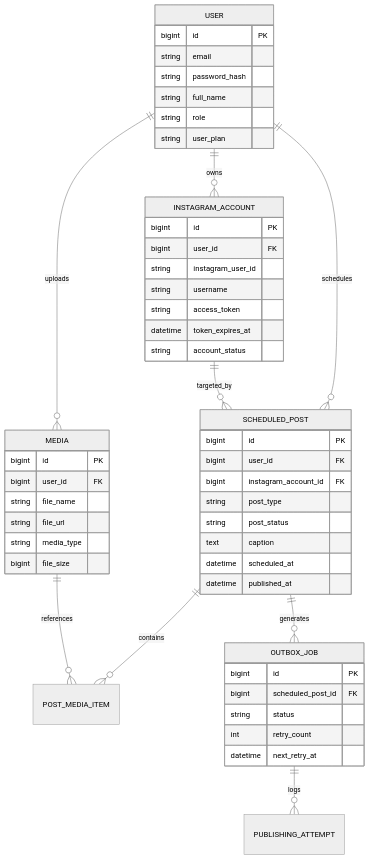
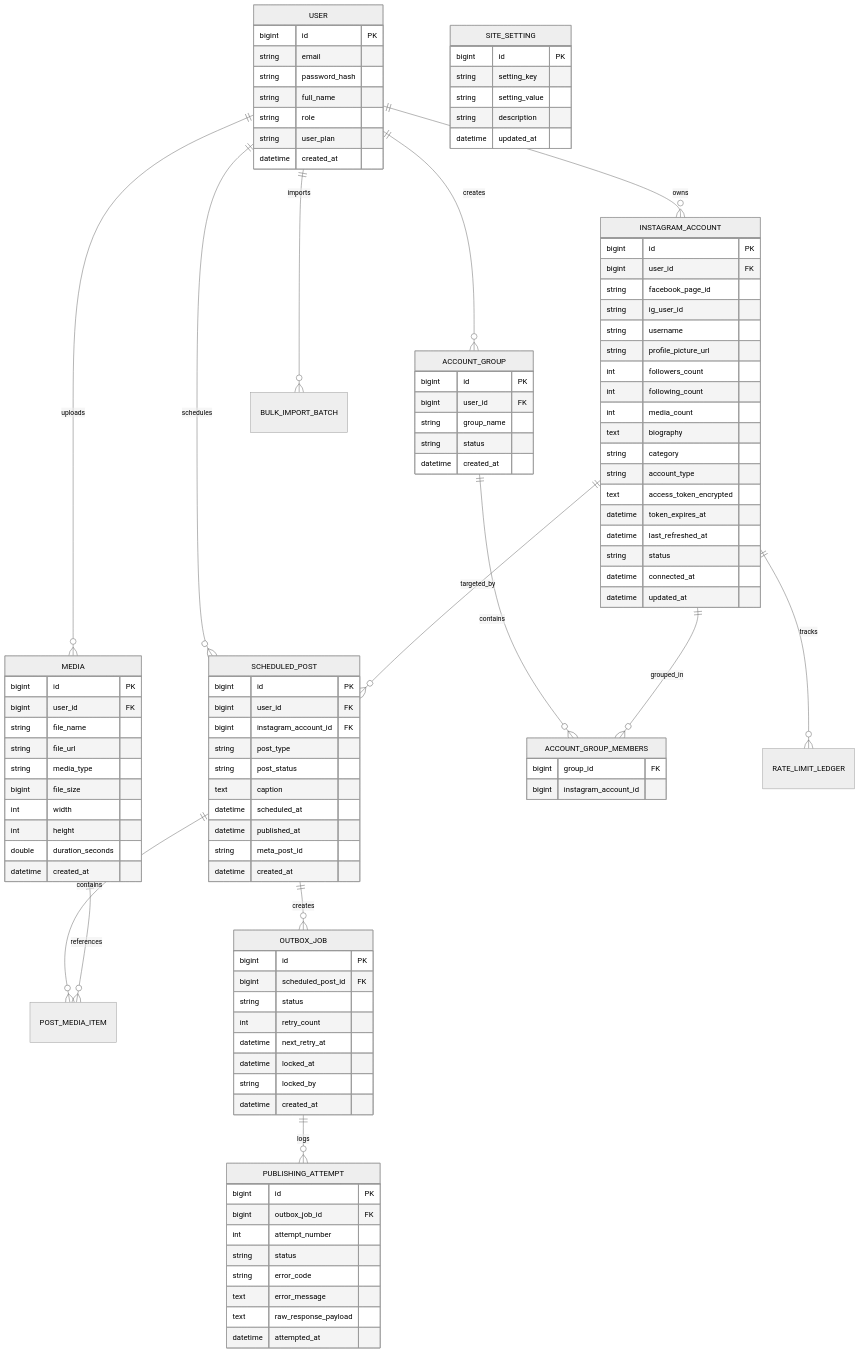
Before and after one commit to kushalkumar12/social-media-mgmnt: the second of 2 diagrams in DOCUMENTATION.md, drawn with Mermaid (neutral theme). The commit also changed other lines of this file and 77 other files, not shown here.

````diff
--- a/DOCUMENTATION.md
+++ b/DOCUMENTATION.md
@@ -116,12 +214,20 @@
 ```mermaid
 erDiagram
     USER ||--o{ INSTAGRAM_ACCOUNT : owns
+    USER ||--o{ ACCOUNT_GROUP : creates
     USER ||--o{ MEDIA : uploads
     USER ||--o{ SCHEDULED_POST : schedules
+    USER ||--o{ BULK_IMPORT_BATCH : imports
+    
+    ACCOUNT_GROUP ||--o{ ACCOUNT_GROUP_MEMBERS : contains
+    INSTAGRAM_ACCOUNT ||--o{ ACCOUNT_GROUP_MEMBERS : grouped_in
+    
     INSTAGRAM_ACCOUNT ||--o{ SCHEDULED_POST : targeted_by
+    INSTAGRAM_ACCOUNT ||--o{ RATE_LIMIT_LEDGER : tracks
+    
     SCHEDULED_POST ||--o{ POST_MEDIA_ITEM : contains
     MEDIA ||--o{ POST_MEDIA_ITEM : references
-    SCHEDULED_POST ||--o{ OUTBOX_JOB : generates
+    SCHEDULED_POST ||--o{ OUTBOX_JOB : creates
     OUTBOX_JOB ||--o{ PUBLISHING_ATTEMPT : logs
 
     USER {
@@ -131,16 +237,41 @@
         string full_name
         string role
         string user_plan
+        datetime created_at
+    }
+
+    ACCOUNT_GROUP {
+        bigint id PK
+        bigint user_id FK
+        string group_name
+        string status
+        datetime created_at
+    }
+
+    ACCOUNT_GROUP_MEMBERS {
+        bigint group_id FK
+        bigint instagram_account_id
     }
 
     INSTAGRAM_ACCOUNT {
         bigint id PK
         bigint user_id FK
-        string instagram_user_id
+        string facebook_page_id
+        string ig_user_id
         string username
-        string access_token
+        string profile_picture_url
+        int followers_count
+        int following_count
+        int media_count
+        text biography
+        string category
+        string account_type
+        text access_token_encrypted
         datetime token_expires_at
-        string account_status
+        datetime last_refreshed_at
+        string status
+        datetime connected_at
+        datetime updated_at
     }
 
     SCHEDULED_POST {
@@ -152,6 +283,8 @@
         text caption
         datetime scheduled_at
         datetime published_at
+        string meta_post_id
+        datetime created_at
     }
 
     MEDIA {
@@ -161,6 +294,10 @@
         string file_url
         string media_type
         bigint file_size
+        int width
+        int height
+        double duration_seconds
+        datetime created_at
     }
 
     OUTBOX_JOB {
@@ -169,5 +306,27 @@
         string status
         int retry_count
         datetime next_retry_at
+        datetime locked_at
+        string locked_by
+        datetime created_at
+    }
+
+    PUBLISHING_ATTEMPT {
+        bigint id PK
+        bigint outbox_job_id FK
+        int attempt_number
+        string status
+        string error_code
+        text error_message
+        text raw_response_payload
+        datetime attempted_at
+    }
+
+    SITE_SETTING {
+        bigint id PK
+        string setting_key
+        string setting_value
+        string description
+        datetime updated_at
     }
 ```
````
